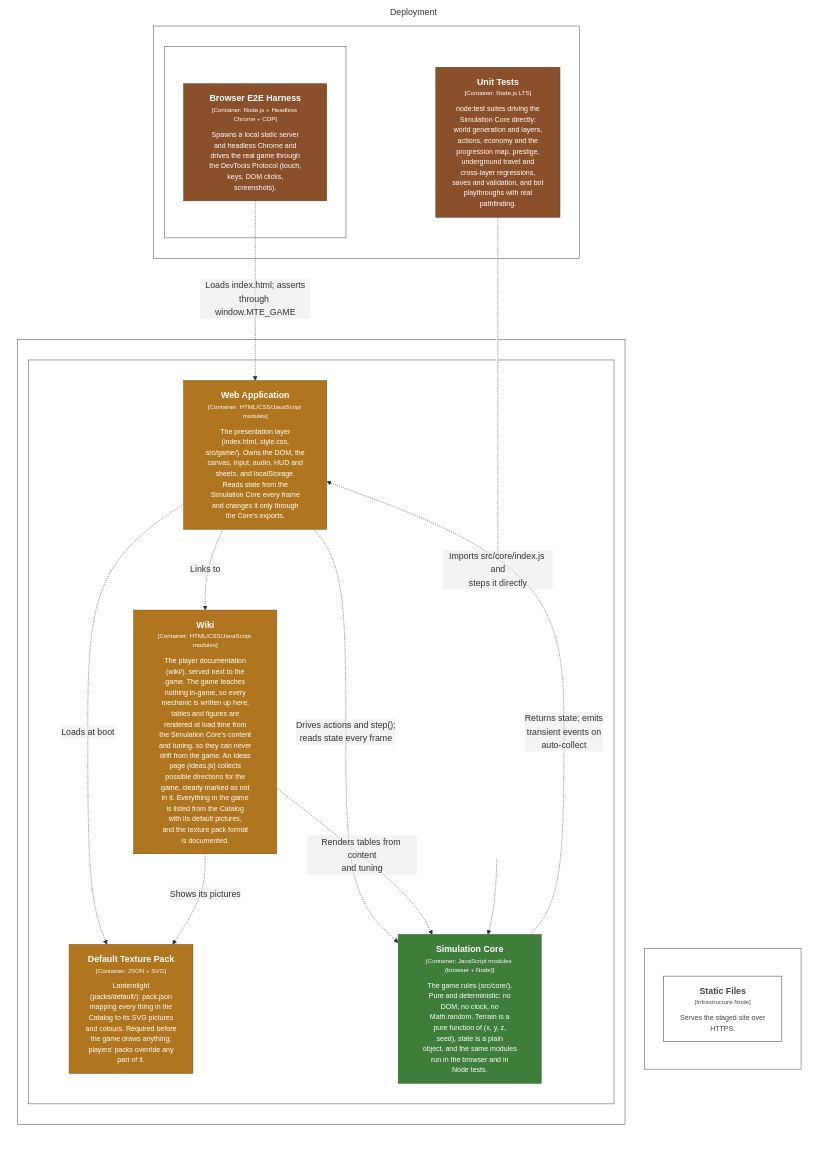
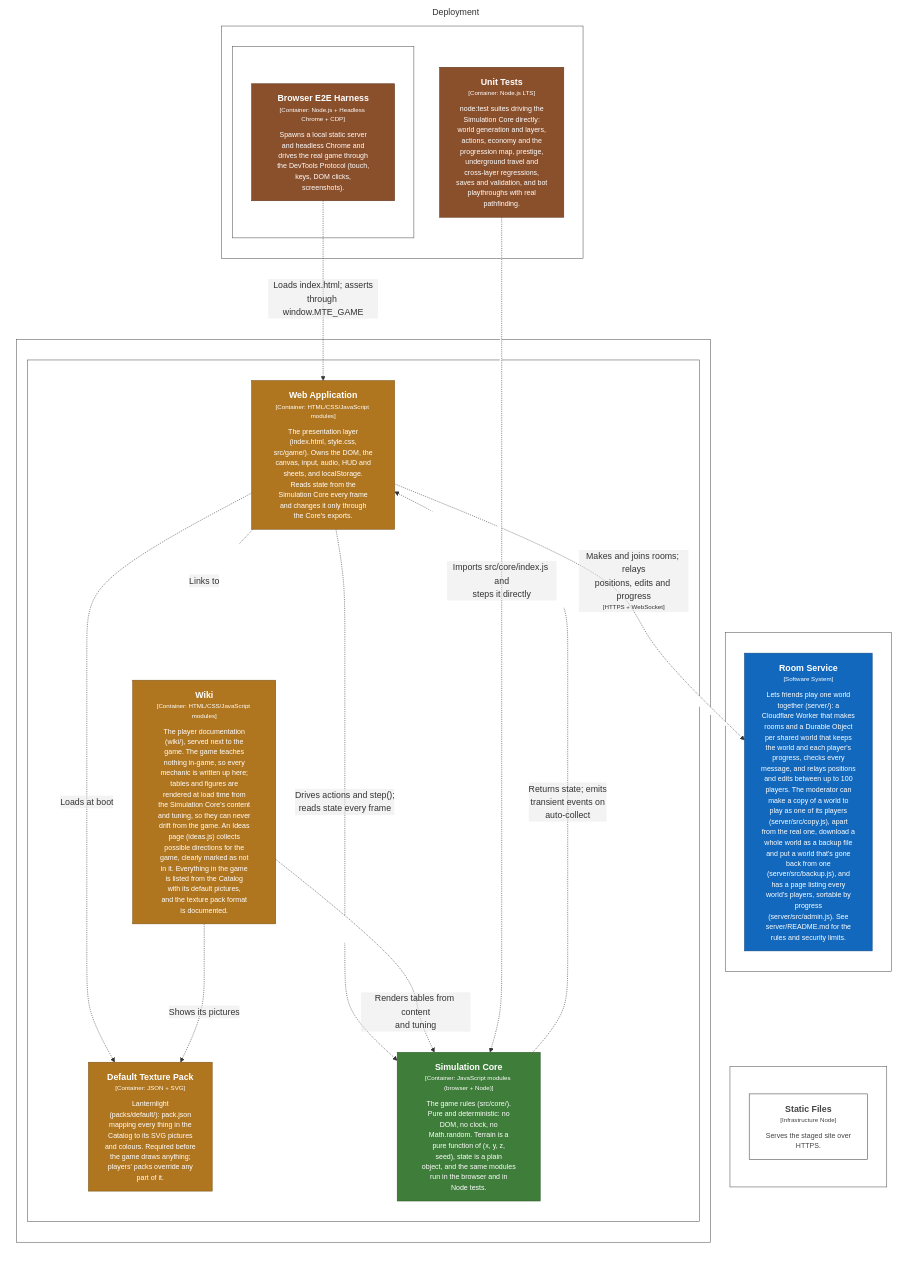
The diagram in structurizr/diagrams/Deployment.mmd (bitkojine/more-than-enough), drawn with Mermaid before and after one commit. The commit also changed 82 other files, not shown here.

Commit message:
v0.131.4: scale simulation and make AUTO fair and surface-first

```diff
--- a/structurizr/diagrams/Deployment.mmd
+++ b/structurizr/diagrams/Deployment.mmd
@@ -1,56 +1,64 @@
 %% Generated from structurizr/workspace.dsl — do not edit; run: node structurizr/scripts/structurizr.mjs mermaid
 graph LR
   linkStyle default fill:#ffffff
 
   subgraph diagram ["Deployment"]
     style diagram fill:#ffffff,stroke:#ffffff
 
-    subgraph 102 ["GitHub Pages"]
-      style 102 fill:#ffffff,stroke:#575757,color:#ffffff
+    subgraph 115 ["Browser"]
+      style 115 fill:#ffffff,stroke:#575757,color:#ffffff
 
-      103["<div style='font-weight: bold'>Static Files</div><div style='font-size: 70%; margin-top: 0px'>[Infrastructure Node]</div><div style='font-size: 80%; margin-top:10px'>Serves the staged site over<br />HTTPS.</div>"]
-      style 103 fill:#ffffff,stroke:#444444,color:#444444
-    end
+      subgraph 116 ["Browser tab"]
+        style 116 fill:#ffffff,stroke:#575757,color:#ffffff
 
-    subgraph 104 ["Node.js LTS"]
-      style 104 fill:#ffffff,stroke:#575757,color:#ffffff
-
-      105["<div style='font-weight: bold'>Unit Tests</div><div style='font-size: 70%; margin-top: 0px'>[Container: Node.js LTS]</div><div style='font-size: 80%; margin-top:10px'>node:test suites driving the<br />Simulation Core directly:<br />world generation and layers,<br />actions, economy and the<br />progression map, prestige,<br />underground travel and<br />cross-layer regressions,<br />saves and validation, and bot<br />playthroughs with real<br />pathfinding.</div>"]
-      style 105 fill:#8a4f2b,stroke:#60371e,color:#ffffff
-      subgraph 107 ["Headless Chrome"]
-        style 107 fill:#ffffff,stroke:#575757,color:#ffffff
-
-        108["<div style='font-weight: bold'>Browser E2E Harness</div><div style='font-size: 70%; margin-top: 0px'>[Container: Node.js + Headless Chrome + CDP]</div><div style='font-size: 80%; margin-top:10px'>Spawns a local static server<br />and headless Chrome and<br />drives the real game through<br />the DevTools Protocol (touch,<br />keys, DOM clicks,<br />screenshots).</div>"]
-        style 108 fill:#8a4f2b,stroke:#60371e,color:#ffffff
+        117["<div style='font-weight: bold'>Web Application</div><div style='font-size: 70%; margin-top: 0px'>[Container: HTML/CSS/JavaScript modules]</div><div style='font-size: 80%; margin-top:10px'>The presentation layer<br />(index.html, style.css,<br />src/game/). Owns the DOM, the<br />canvas, input, audio, HUD and<br />sheets, and localStorage.<br />Reads state from the<br />Simulation Core every frame<br />and changes it only through<br />the Core's exports.</div>"]
+        style 117 fill:#b0761f,stroke:#7b5215,color:#ffffff
+        118["<div style='font-weight: bold'>Wiki</div><div style='font-size: 70%; margin-top: 0px'>[Container: HTML/CSS/JavaScript modules]</div><div style='font-size: 80%; margin-top:10px'>The player documentation<br />(wiki/), served next to the<br />game. The game teaches<br />nothing in-game, so every<br />mechanic is written up here;<br />tables and figures are<br />rendered at load time from<br />the Simulation Core's content<br />and tuning, so they can never<br />drift from the game. An Ideas<br />page (ideas.js) collects<br />possible directions for the<br />game, clearly marked as not<br />in it. Everything in the game<br />is listed from the Catalog<br />with its default pictures,<br />and the texture pack format<br />is documented.</div>"]
+        style 118 fill:#b0761f,stroke:#7b5215,color:#ffffff
+        120["<div style='font-weight: bold'>Default Texture Pack</div><div style='font-size: 70%; margin-top: 0px'>[Container: JSON + SVG]</div><div style='font-size: 80%; margin-top:10px'>Lanternlight<br />(packs/default/): pack.json<br />mapping every thing in the<br />Catalog to its SVG pictures<br />and colours. Required before<br />the game draws anything;<br />players' packs override any<br />part of it.</div>"]
+        style 120 fill:#b0761f,stroke:#7b5215,color:#ffffff
+        123["<div style='font-weight: bold'>Simulation Core</div><div style='font-size: 70%; margin-top: 0px'>[Container: JavaScript modules (browser + Node)]</div><div style='font-size: 80%; margin-top:10px'>The game rules (src/core/).<br />Pure and deterministic: no<br />DOM, no clock, no<br />Math.random. Terrain is a<br />pure function of (x, y, z,<br />seed), state is a plain<br />object, and the same modules<br />run in the browser and in<br />Node tests.</div>"]
+        style 123 fill:#3f7d3a,stroke:#2c5728,color:#ffffff
       end
 
     end
 
-    subgraph 90 ["Browser"]
-      style 90 fill:#ffffff,stroke:#575757,color:#ffffff
+    subgraph 127 ["GitHub Pages"]
+      style 127 fill:#ffffff,stroke:#575757,color:#ffffff
 
-      subgraph 91 ["Browser tab"]
-        style 91 fill:#ffffff,stroke:#575757,color:#ffffff
+      128["<div style='font-weight: bold'>Static Files</div><div style='font-size: 70%; margin-top: 0px'>[Infrastructure Node]</div><div style='font-size: 80%; margin-top:10px'>Serves the staged site over<br />HTTPS.</div>"]
+      style 128 fill:#ffffff,stroke:#444444,color:#444444
+    end
 
-        92["<div style='font-weight: bold'>Web Application</div><div style='font-size: 70%; margin-top: 0px'>[Container: HTML/CSS/JavaScript modules]</div><div style='font-size: 80%; margin-top:10px'>The presentation layer<br />(index.html, style.css,<br />src/game/). Owns the DOM, the<br />canvas, input, audio, HUD and<br />sheets, and localStorage.<br />Reads state from the<br />Simulation Core every frame<br />and changes it only through<br />the Core's exports.</div>"]
-        style 92 fill:#b0761f,stroke:#7b5215,color:#ffffff
-        93["<div style='font-weight: bold'>Wiki</div><div style='font-size: 70%; margin-top: 0px'>[Container: HTML/CSS/JavaScript modules]</div><div style='font-size: 80%; margin-top:10px'>The player documentation<br />(wiki/), served next to the<br />game. The game teaches<br />nothing in-game, so every<br />mechanic is written up here;<br />tables and figures are<br />rendered at load time from<br />the Simulation Core's content<br />and tuning, so they can never<br />drift from the game. An Ideas<br />page (ideas.js) collects<br />possible directions for the<br />game, clearly marked as not<br />in it. Everything in the game<br />is listed from the Catalog<br />with its default pictures,<br />and the texture pack format<br />is documented.</div>"]
-        style 93 fill:#b0761f,stroke:#7b5215,color:#ffffff
-        95["<div style='font-weight: bold'>Default Texture Pack</div><div style='font-size: 70%; margin-top: 0px'>[Container: JSON + SVG]</div><div style='font-size: 80%; margin-top:10px'>Lanternlight<br />(packs/default/): pack.json<br />mapping every thing in the<br />Catalog to its SVG pictures<br />and colours. Required before<br />the game draws anything;<br />players' packs override any<br />part of it.</div>"]
-        style 95 fill:#b0761f,stroke:#7b5215,color:#ffffff
-        98["<div style='font-weight: bold'>Simulation Core</div><div style='font-size: 70%; margin-top: 0px'>[Container: JavaScript modules (browser + Node)]</div><div style='font-size: 80%; margin-top:10px'>The game rules (src/core/).<br />Pure and deterministic: no<br />DOM, no clock, no<br />Math.random. Terrain is a<br />pure function of (x, y, z,<br />seed), state is a plain<br />object, and the same modules<br />run in the browser and in<br />Node tests.</div>"]
-        style 98 fill:#3f7d3a,stroke:#2c5728,color:#ffffff
+    subgraph 129 ["Cloudflare Workers"]
+      style 129 fill:#ffffff,stroke:#575757,color:#ffffff
+
+      130["<div style='font-weight: bold'>Room Service</div><div style='font-size: 70%; margin-top: 0px'>[Software System]</div><div style='font-size: 80%; margin-top:10px'>Lets friends play one world<br />together (server/): a<br />Cloudflare Worker that makes<br />rooms and a Durable Object<br />per shared world that keeps<br />the world and each player's<br />progress, checks every<br />message, and relays positions<br />and edits between up to 100<br />players. The moderator can<br />make a copy of a world to<br />play as one of its players<br />(server/src/copy.js), apart<br />from the real one, download a<br />whole world as a backup file<br />and put a world that's gone<br />back from one<br />(server/src/backup.js), and<br />has a page listing every<br />world's players, sortable by<br />progress<br />(server/src/admin.js). See<br />server/README.md for the<br />rules and security limits.</div>"]
+      style 130 fill:#1168bd,stroke:#0b4884,color:#ffffff
+    end
+
+    subgraph 132 ["Node.js LTS"]
+      style 132 fill:#ffffff,stroke:#575757,color:#ffffff
+
+      133["<div style='font-weight: bold'>Unit Tests</div><div style='font-size: 70%; margin-top: 0px'>[Container: Node.js LTS]</div><div style='font-size: 80%; margin-top:10px'>node:test suites driving the<br />Simulation Core directly:<br />world generation and layers,<br />actions, economy and the<br />progression map, prestige,<br />underground travel and<br />cross-layer regressions,<br />saves and validation, and bot<br />playthroughs with real<br />pathfinding.</div>"]
+      style 133 fill:#8a4f2b,stroke:#60371e,color:#ffffff
+      subgraph 135 ["Headless Chrome"]
+        style 135 fill:#ffffff,stroke:#575757,color:#ffffff
+
+        136["<div style='font-weight: bold'>Browser E2E Harness</div><div style='font-size: 70%; margin-top: 0px'>[Container: Node.js + Headless Chrome + CDP]</div><div style='font-size: 80%; margin-top:10px'>Spawns a local static server<br />and headless Chrome and<br />drives the real game through<br />the DevTools Protocol (touch,<br />keys, DOM clicks,<br />screenshots).</div>"]
+        style 136 fill:#8a4f2b,stroke:#60371e,color:#ffffff
       end
 
     end
 
-    92-. "<div>Drives actions and step();<br />reads state every frame</div><div style='font-size: 70%'></div>" .->98
-    93-. "<div>Renders tables from content<br />and tuning</div><div style='font-size: 70%'></div>" .->98
-    105-. "<div>Imports src/core/index.js and<br />steps it directly</div><div style='font-size: 70%'></div>" .->98
-    108-. "<div>Loads index.html; asserts<br />through window.MTE_GAME</div><div style='font-size: 70%'></div>" .->92
-    92-. "<div>Links to</div><div style='font-size: 70%'></div>" .->93
-    92-. "<div>Loads at boot</div><div style='font-size: 70%'></div>" .->95
-    93-. "<div>Shows its pictures</div><div style='font-size: 70%'></div>" .->95
-    98-. "<div>Returns state; emits<br />transient events on<br />auto-collect</div><div style='font-size: 70%'></div>" .->92
+    117-. "<div>Links to</div><div style='font-size: 70%'></div>" .->118
+    117-. "<div>Loads at boot</div><div style='font-size: 70%'></div>" .->120
+    118-. "<div>Shows its pictures</div><div style='font-size: 70%'></div>" .->120
+    123-. "<div>Returns state; emits<br />transient events on<br />auto-collect</div><div style='font-size: 70%'></div>" .->117
+    117-. "<div>Drives actions and step();<br />reads state every frame</div><div style='font-size: 70%'></div>" .->123
+    118-. "<div>Renders tables from content<br />and tuning</div><div style='font-size: 70%'></div>" .->123
+    117-. "<div>Makes and joins rooms; relays<br />positions, edits and progress</div><div style='font-size: 70%'>[HTTPS + WebSocket]</div>" .->130
+    133-. "<div>Imports src/core/index.js and<br />steps it directly</div><div style='font-size: 70%'></div>" .->123
+    136-. "<div>Loads index.html; asserts<br />through window.MTE_GAME</div><div style='font-size: 70%'></div>" .->117
 
   end
```
